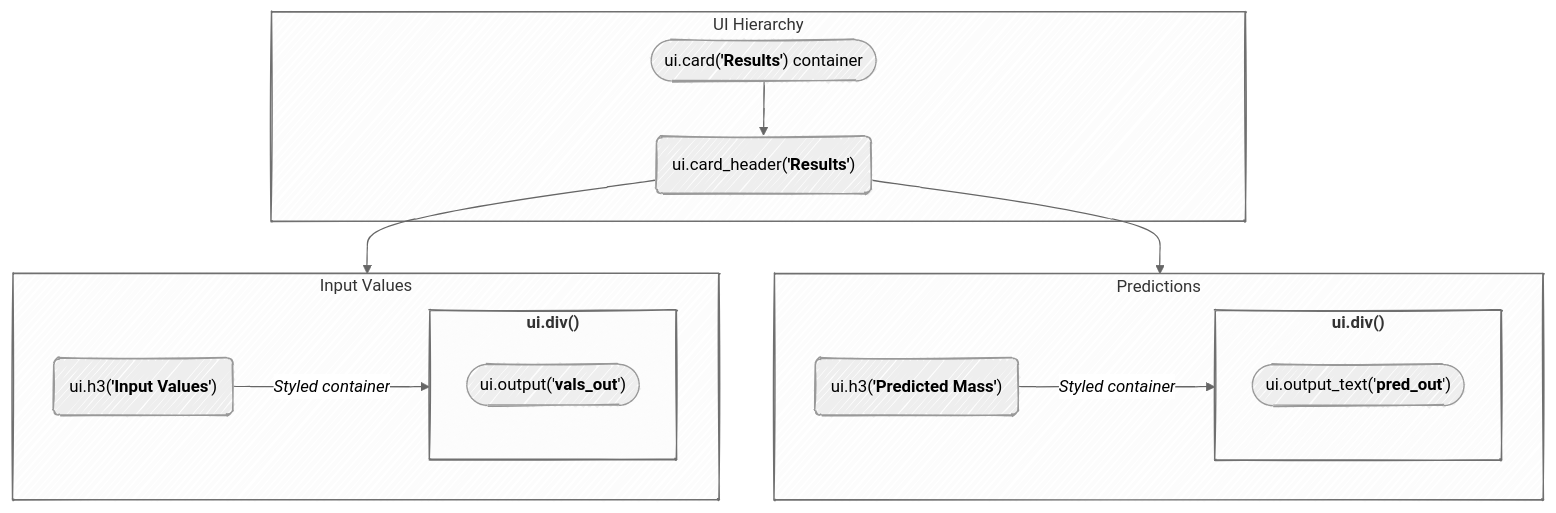
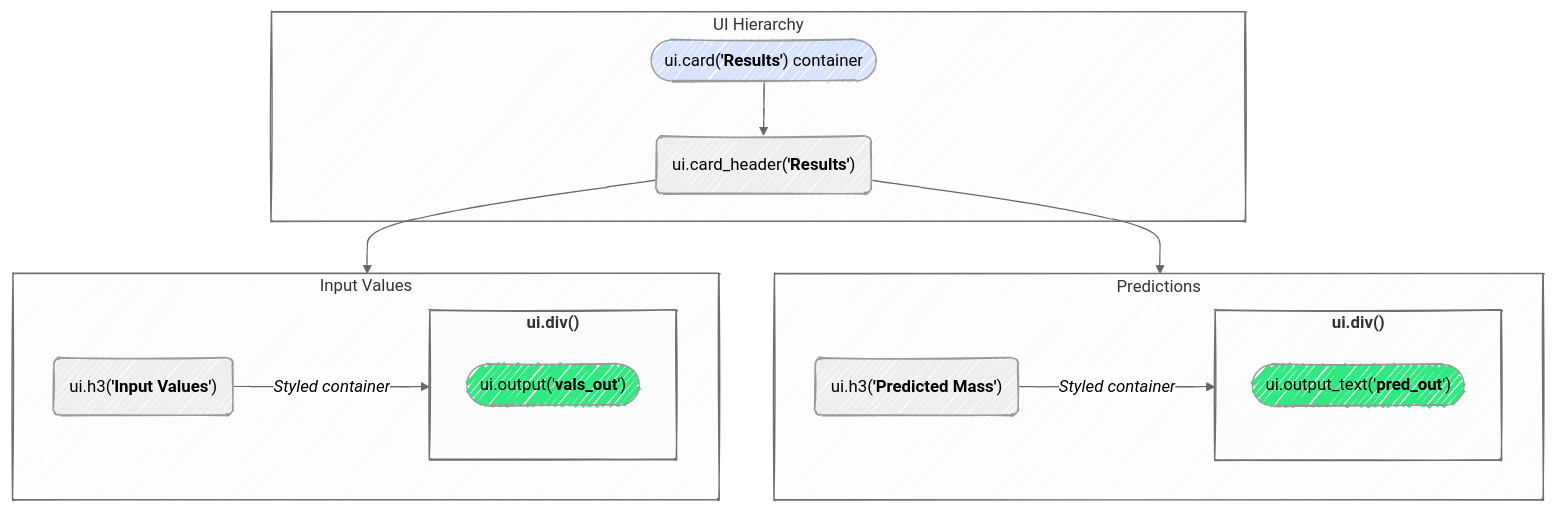
The fourth of 8 diagrams in app-log-py.qmd (mjfrigaard/do4ds-labs), drawn with Mermaid before and after one commit. The commit also changed other lines of this file and 18 other files, not shown here.

````diff
--- a/app-log-py.qmd
+++ b/app-log-py.qmd
@@ -362,43 +341,38 @@
 ```{mermaid}
 %%| fig-cap: 'Predictions (UI)'
 %%| fig-width: 7.0
 %%| fig-align: center
 %%{init: {'theme': 'neutral', 'look': 'handDrawn', 'themeVariables': { 'fontFamily': 'monospace'}}}%%
 
 graph TD
     subgraph "UI Hierarchy"
         Card(["ui.card(<strong>'Results'</strong>) container"])
         Header("ui.card_header(<strong>'Results'</strong>)")
     end
     
     subgraph Inputs["Input Values"]
         InputHeader("ui.h3(<strong>'Input Values'</strong>)")
         subgraph iDiv["<strong>ui.div()</strong>"]
             InpValOut(["ui.output('<strong>vals_out</strong>')"])
         end
     end
     
     subgraph Preds["Predictions"]
         PredHeader("ui.h3(<strong>'Predicted Mass'</strong>)")
         subgraph pDiv["<strong>ui.div()</strong>"]
             PredOut(["ui.output_text('<strong>pred_out</strong>')"])
         end
     end
     
     Card --> Header
     Header --> Inputs
     Header --> Preds
     PredHeader --"<em>Styled container</em>" --> pDiv
     InputHeader --"<em>Styled container</em>" --> iDiv
-    
-    %% Style for inputs %%
-    %%style InputBillLength fill:#fdd9bb,color:#000,font-size:14px
-    %%style InputSex fill:#fdd9bb,color:#000,font-size:14px
-    %% style InputSpecies fill:#fdd9bb,color:#000,font-size:14px
 
-    %% Style for outputs %%
-    %%style PredOutput fill:#fdd9bb,color:#000,font-size:14px
-    %%style InputOutput fill:#fdd9bb,color:#000,font-size:14px
+	style Card fill:#d8e4ff
+	style InpValOut fill:#31e981
+	style PredOut fill:#31e981
     
     
 ```
````
